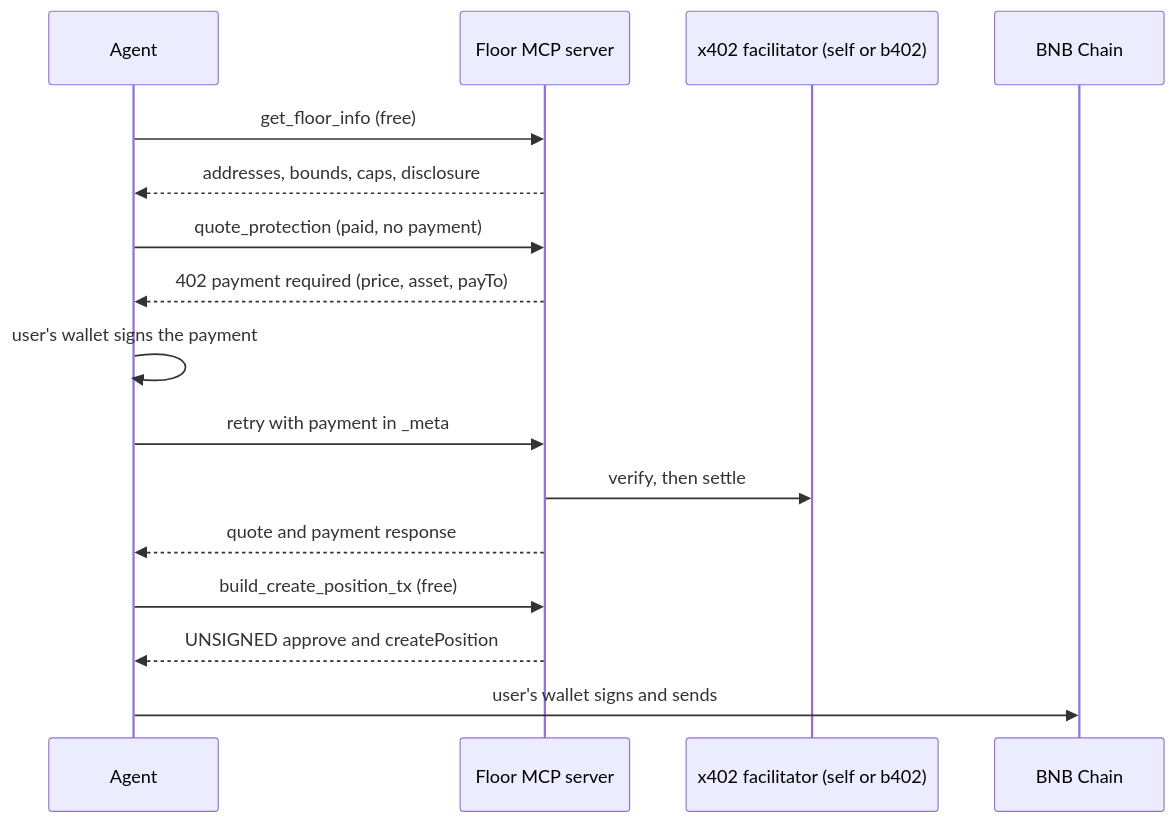
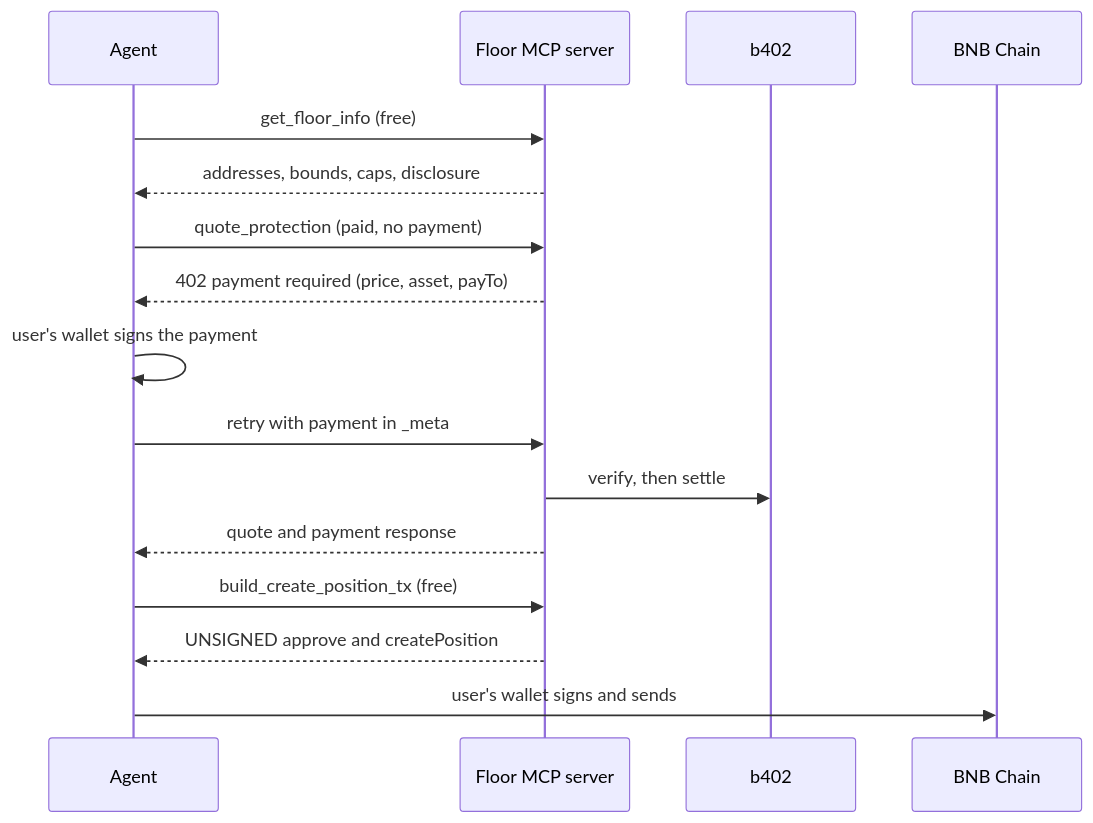
Before and after one commit to ayush18pop/floorbnb: the third of 4 diagrams in README.md, drawn with Mermaid. The commit also changed other lines of this file and 23 other files, not shown here.

````diff
--- a/README.md
+++ b/README.md
@@ -193,18 +193,18 @@
 ```mermaid
 sequenceDiagram
   participant A as Agent
   participant M as Floor MCP server
-  participant X as x402 facilitator (self or b402)
+  participant X as b402
   participant C as BNB Chain
   A->>M: get_floor_info (free)
   M-->>A: addresses, bounds, caps, disclosure
   A->>M: quote_protection (paid, no payment)
   M-->>A: 402 payment required (price, asset, payTo)
   A->>A: user's wallet signs the payment
   A->>M: retry with payment in _meta
   M->>X: verify, then settle
   M-->>A: quote and payment response
   A->>M: build_create_position_tx (free)
   M-->>A: UNSIGNED approve and createPosition
   A->>C: user's wallet signs and sends
 ```
````
